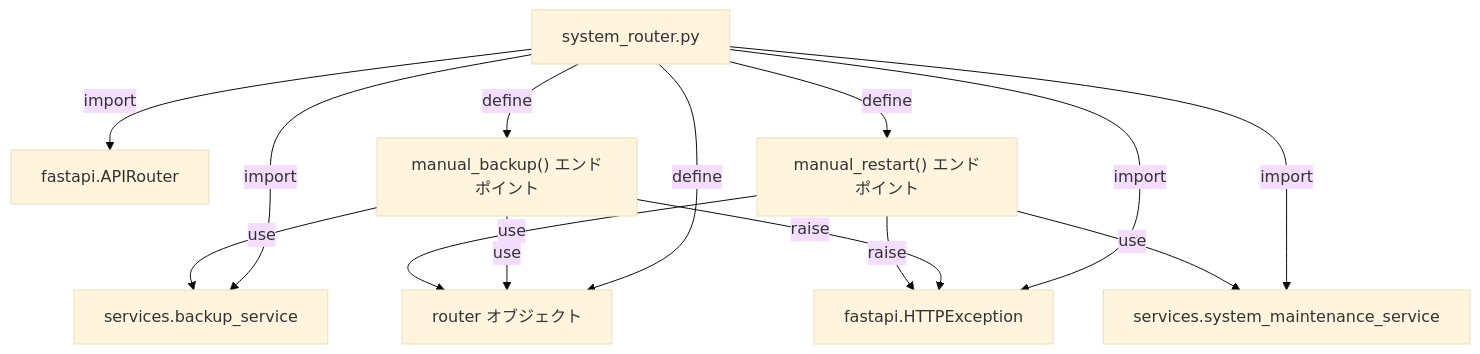
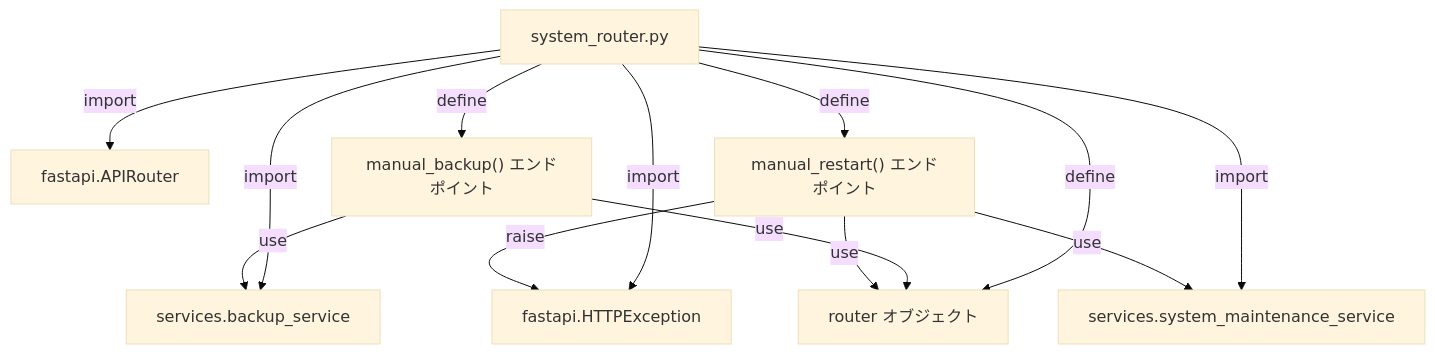
The second of 2 diagrams in docs/specifications/MY_HOME_SYSTEM/system_router.md (mmtigers/my_python_project), drawn with Mermaid (base theme) before and after one commit. The commit also changed other lines of this file and 19 other files, not shown here.

````diff
--- a/docs/specifications/MY_HOME_SYSTEM/system_router.md
+++ b/docs/specifications/MY_HOME_SYSTEM/system_router.md
@@ -128,19 +125,18 @@
 ```mermaid
 graph TD
     File_SystemRouter["system_router.py"] --> |import| APIRouter["fastapi.APIRouter"]
     File_SystemRouter --> |import| HTTPException["fastapi.HTTPException"]
     File_SystemRouter --> |import| backup_service["services.backup_service"]
     File_SystemRouter --> |import| system_maintenance_service["services.system_maintenance_service"]
     
     File_SystemRouter --> |define| router["router オブジェクト"]
     File_SystemRouter --> |define| manual_backup["manual_backup() エンドポイント"]
     File_SystemRouter --> |define| manual_restart["manual_restart() エンドポイント"]
     
     manual_backup --> |use| router
     manual_backup --> |use| backup_service
-    manual_backup --> |raise| HTTPException
     manual_restart --> |use| router
     manual_restart --> |use| system_maintenance_service
     manual_restart --> |raise| HTTPException
 
 ```
````
